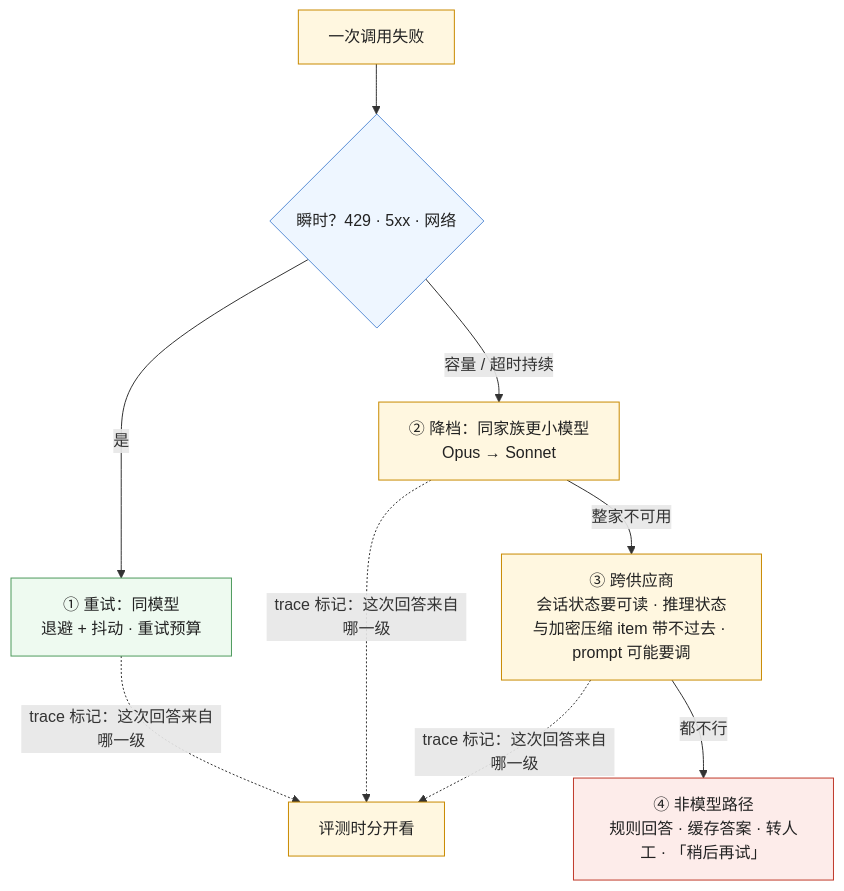
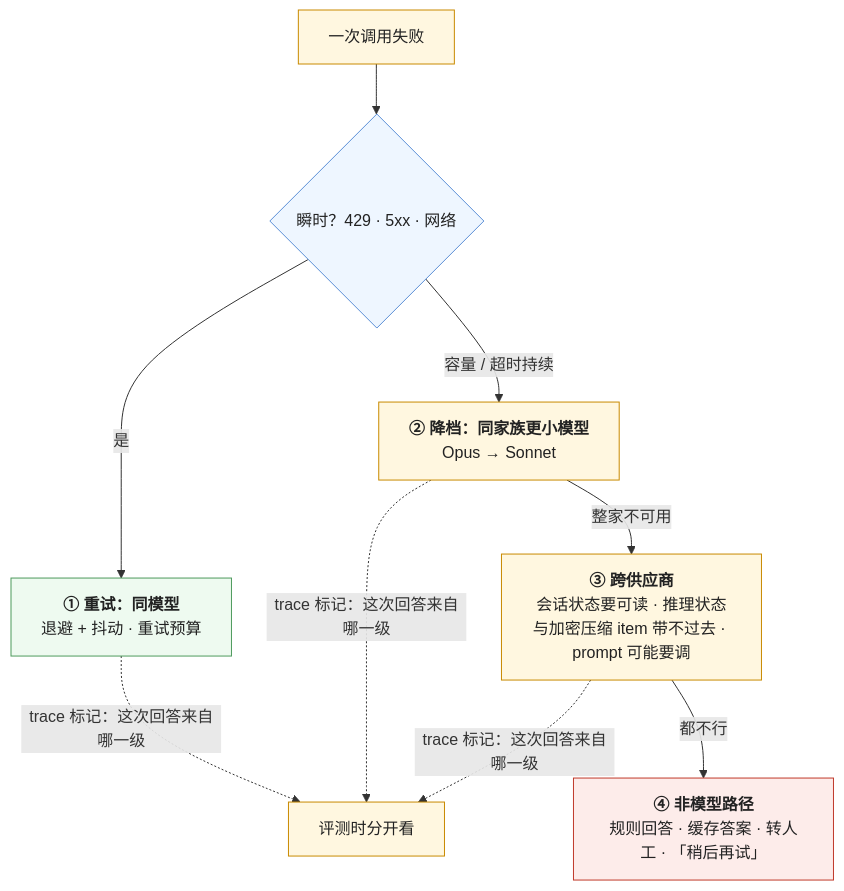
The fourth of 7 diagrams in _posts/2026-11-06-runtime-reliability-and-simulation-for-the-physical-world.md (arganzheng/arganzheng.github.com), drawn with Mermaid before and after one commit. The commit also changed other lines of this file and 7 other files, not shown here.

First line of the commit message:
评测、可观测与可追溯：怎么知道改了之后更好了：Mermaid 多行方框的首行标为标题（8 篇）

````diff
--- a/_posts/2026-11-06-runtime-reliability-and-simulation-for-the-physical-world.md
+++ b/_posts/2026-11-06-runtime-reliability-and-simulation-for-the-physical-world.md
@@ -164,19 +164,19 @@
 ```mermaid
 %% 图：运行时 fallback 的四级梯子——瞬时错误先同模型重试；容量或超时降档到同家族更小模型；大故障跨供应商（会话状态要可读才能带过去，加密压缩 item 与推理状态带不过去）；最后降级到非模型路径：规则回答、转人工、稍后再试；每一级触发条件不同，fallback 后的回答在 trace 里标来源
 flowchart TB
     E["一次调用失败"] --> L1{"瞬时？429 · 5xx · 网络"}
-    L1 -->|"是"| R1["① 重试：同模型<br/>退避 + 抖动 · 重试预算"]
-    L1 -->|"容量 / 超时持续"| R2["② 降档：同家族更小模型<br/>Opus → Sonnet"]
-    R2 -->|"整家不可用"| R3["③ 跨供应商<br/>会话状态要可读 · 推理状态与加密压缩 item 带不过去 · prompt 可能要调"]
-    R3 -->|"都不行"| R4["④ 非模型路径<br/>规则回答 · 缓存答案 · 转人工 · 「稍后再试」"]
+    L1 -->|"是"| R1["<b>① 重试：同模型</b><br/>退避 + 抖动 · 重试预算"]
+    L1 -->|"容量 / 超时持续"| R2["<b>② 降档：同家族更小模型</b><br/>Opus → Sonnet"]
+    R2 -->|"整家不可用"| R3["<b>③ 跨供应商</b><br/>会话状态要可读 · 推理状态与加密压缩 item 带不过去 · prompt 可能要调"]
+    R3 -->|"都不行"| R4["<b>④ 非模型路径</b><br/>规则回答 · 缓存答案 · 转人工 · 「稍后再试」"]
     R1 & R2 & R3 -.->|"trace 标记：这次回答来自哪一级"| T["评测时分开看"]
     classDef dec fill:#eef6ff,stroke:#5b8fd6,color:#222
     classDef a fill:#eefaf0,stroke:#4d9a5c,color:#222
     classDef b fill:#fff7e0,stroke:#c98a00,color:#222
     classDef c fill:#fdecea,stroke:#c0392b,color:#222
     class L1 dec
     class R1 a
     class R2,R3 b
     class R4 c
     class E,T b
 ```
````
